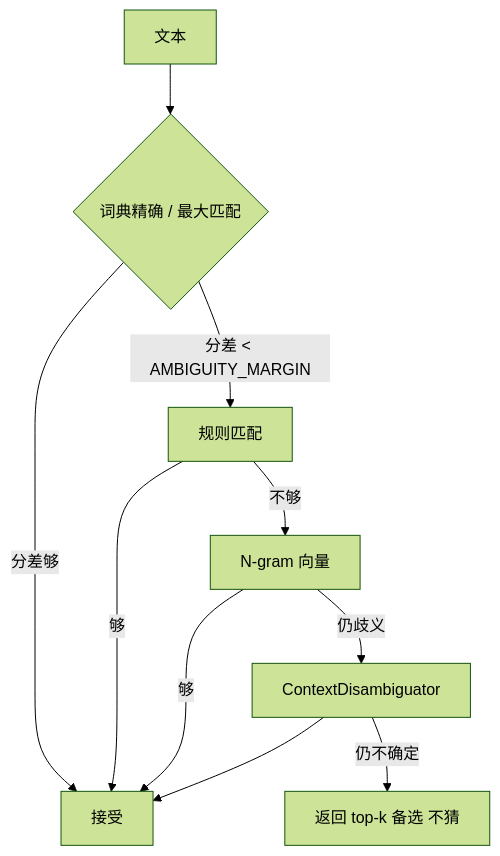
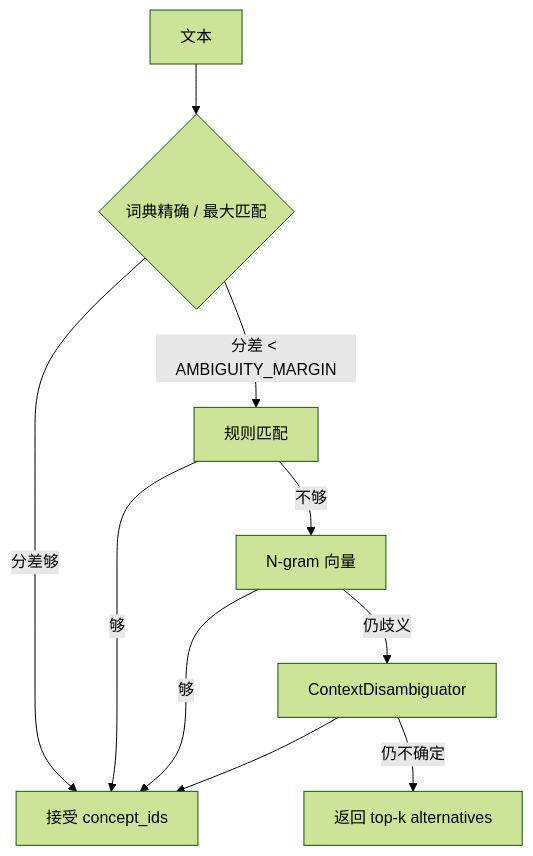
The diagram in docs/ontology/normalize.md (zhiweio/biomed-ontology), drawn with Mermaid (forest theme) before and after one commit. The commit also changed other lines of this file and 66 other files, not shown here.

````diff
--- a/docs/ontology/normalize.md
+++ b/docs/ontology/normalize.md
@@ -16,12 +38,12 @@
 ```mermaid
 flowchart TD
   T[文本] --> D{词典精确 / 最大匹配}
-  D -->|分差够| OK[接受]
+  D -->|分差够| OK[接受 concept_ids]
   D -->|分差 < AMBIGUITY_MARGIN| R[规则匹配]
   R -->|够| OK
   R -->|不够| V[N-gram 向量]
   V -->|够| OK
   V -->|仍歧义| C[ContextDisambiguator]
   C --> OK
-  C -->|仍不确定| ALT[返回 top-k 备选 不猜]
+  C -->|仍不确定| ALT[返回 top-k alternatives]
 ```
````
